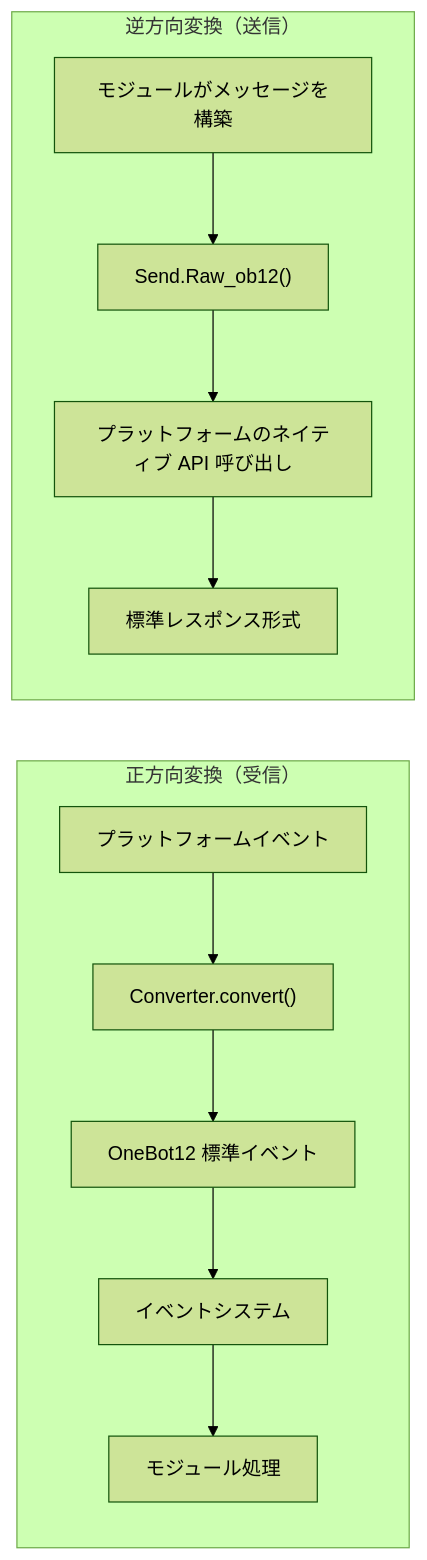
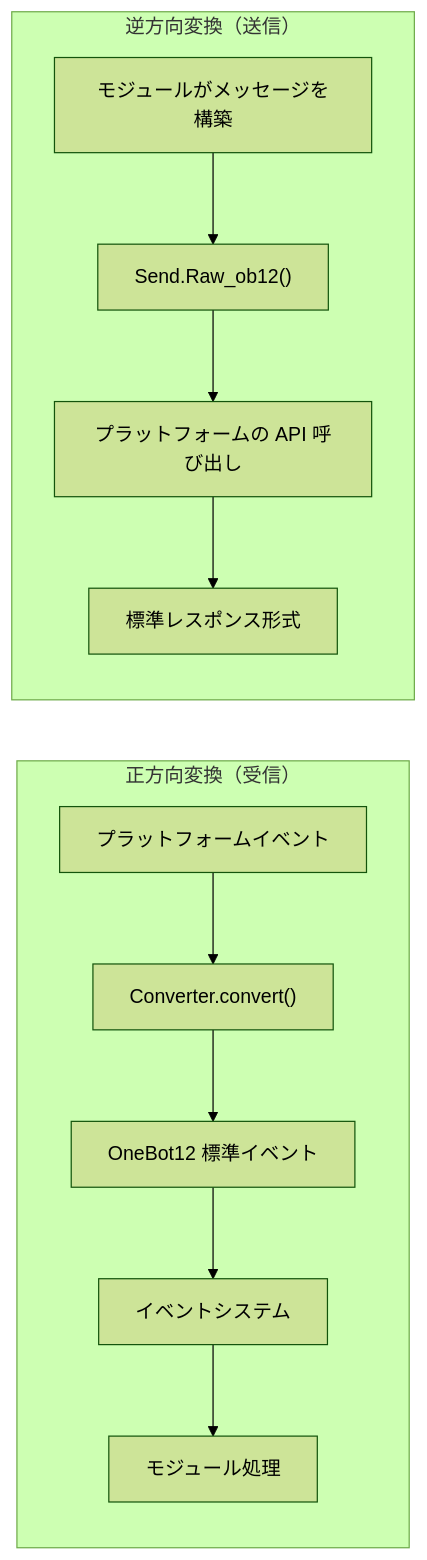
One commit to ErisPulse/ErisPulse changed the diagram in docs/ja/developer-guide/adapters/getting-started.md. Above: the diagram before and after it, drawn with Mermaid (forest theme). The commit also changed other lines of this file and 234 other files, not shown here.

````diff
--- a/docs/ja/developer-guide/adapters/getting-started.md
+++ b/docs/ja/developer-guide/adapters/getting-started.md
@@ -21,11 +21,11 @@
 ```mermaid
 flowchart LR
     subgraph receive["正方向変換（受信）"]
         direction TB
         P1["プラットフォームイベント"] --> C1["Converter.convert()"] --> O1["OneBot12 標準イベント"] --> S1["イベントシステム"] --> M1["モジュール処理"]
     end
     subgraph send["逆方向変換（送信）"]
         direction TB
-        M2["モジュールがメッセージを構築"] --> R1["Send.Raw_ob12()"] --> N1["プラットフォームのネイティブ API 呼び出し"] --> R2["標準レスポンス形式"]
+        M2["モジュールがメッセージを構築"] --> R1["Send.Raw_ob12()"] --> N1["プラットフォームの API 呼び出し"] --> R2["標準レスポンス形式"]
     end
 ```
````
